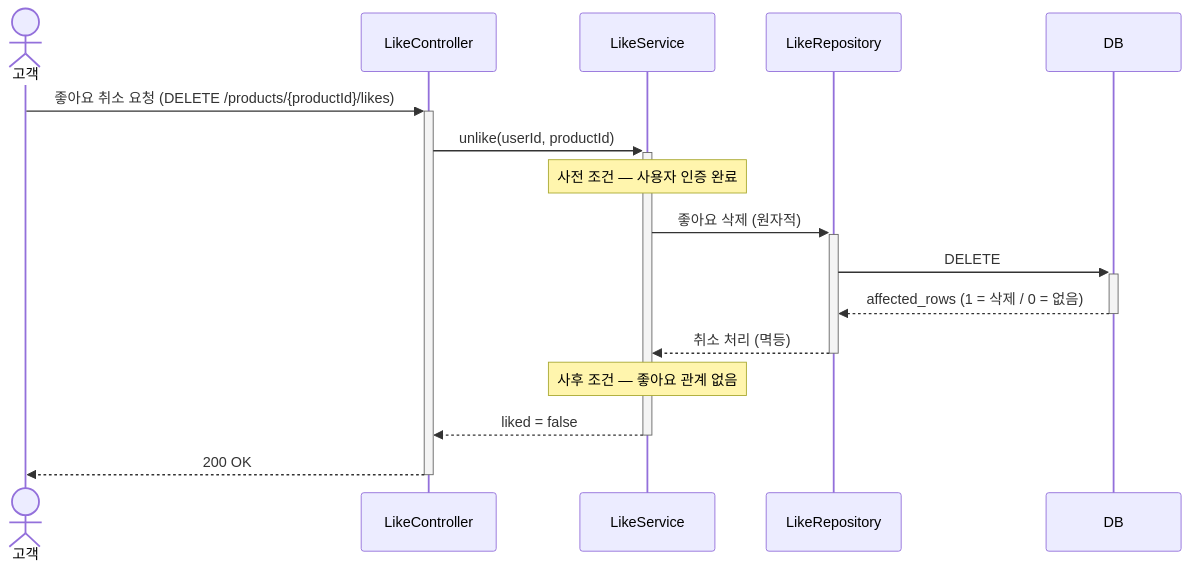
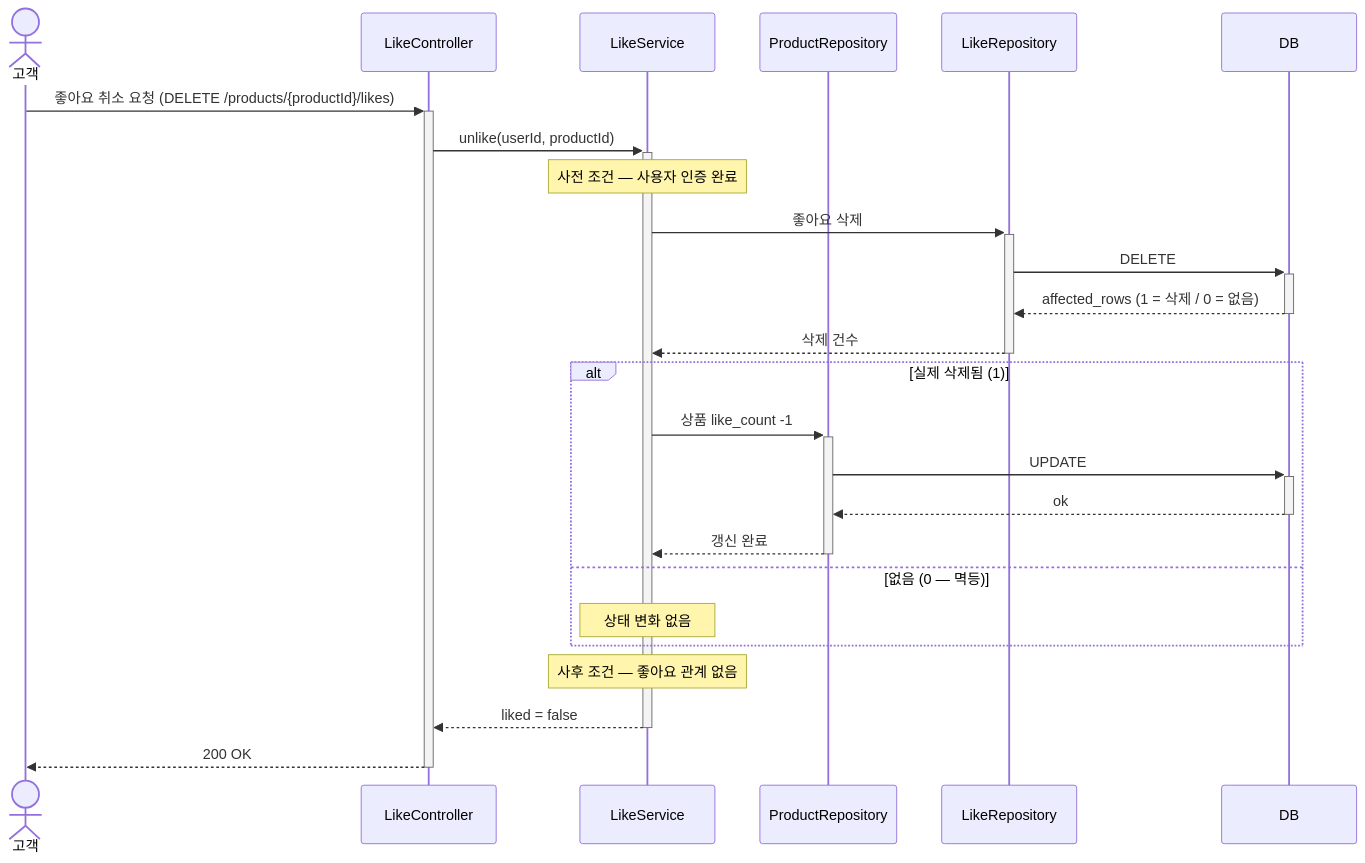
One commit to loopers-labs/loop-pack-be-l2-vol4-java changed the third of 3 diagrams in .docs/design/02-sequence-diagrams.md. Above: the diagram before and after it, drawn with Mermaid. The commit also changed other lines of this file and 3 other files, not shown here.

````diff
--- a/.docs/design/02-sequence-diagrams.md
+++ b/.docs/design/02-sequence-diagrams.md
@@ -97,19 +118,28 @@
 ```mermaid
 sequenceDiagram
     actor C as 고객
     participant Ctl as LikeController
     participant S as LikeService
+    participant PR as ProductRepository
     participant LR as LikeRepository
     participant DB as DB
 
     C->>+Ctl: 좋아요 취소 요청 (DELETE /products/{productId}/likes)
     Ctl->>+S: unlike(userId, productId)
     Note over S: 사전 조건 — 사용자 인증 완료
-    S->>+LR: 좋아요 삭제 (원자적)
+    S->>+LR: 좋아요 삭제
     LR->>+DB: DELETE
     DB-->>-LR: affected_rows (1 = 삭제 / 0 = 없음)
-    LR-->>-S: 취소 처리 (멱등)
+    LR-->>-S: 삭제 건수
+    alt 실제 삭제됨 (1)
+        S->>+PR: 상품 like_count -1
+        PR->>+DB: UPDATE
+        DB-->>-PR: ok
+        PR-->>-S: 갱신 완료
+    else 없음 (0 — 멱등)
+        Note over S: 상태 변화 없음
+    end
     Note over S: 사후 조건 — 좋아요 관계 없음
     S-->>-Ctl: liked = false
     Ctl-->>-C: 200 OK
 ```
````
